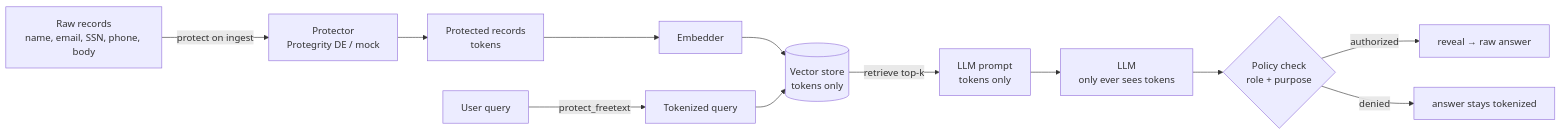
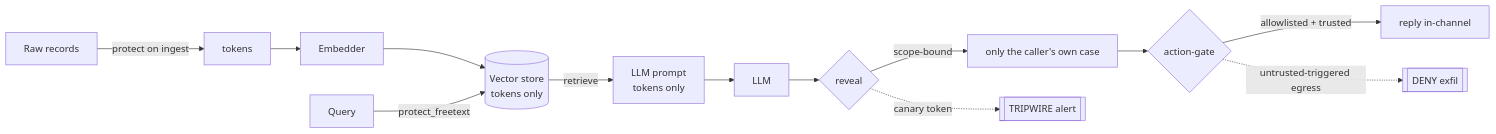
Before and after one commit to BadAsh99/aegis-rag: the diagram in ARCHITECTURE.md, drawn with Mermaid. The commit also changed other lines of this file and 1 other file, not shown here.

First line of the commit message:
Hardening H4: README + ARCHITECTURE rewritten to the hardened 4-layer story

````diff
--- a/ARCHITECTURE.md
+++ b/ARCHITECTURE.md
@@ -9,14 +9,12 @@
 ```mermaid
 flowchart LR
-    A[Raw records<br/>name, email, SSN, phone, body] -->|protect on ingest| B[Protector<br/>Protegrity DE / mock]
-    B --> C[Protected records<br/>tokens]
-    C --> D[Embedder]
-    D --> E[(Vector store<br/>tokens only)]
-    Q[User query] -->|protect_freetext| Qp[Tokenized query]
-    Qp --> E
-    E -->|retrieve top-k| F[LLM prompt<br/>tokens only]
-    F --> G[LLM<br/>only ever sees tokens]
-    G --> H{Policy check<br/>role + purpose}
-    H -->|authorized| I[reveal → raw answer]
-    H -->|denied| J[answer stays tokenized]
+    A[Raw records] -->|protect on ingest| B[tokens]
+    B --> D[Embedder] --> E[(Vector store<br/>tokens only)]
+    Q[Query] -->|protect_freetext| E
+    E -->|retrieve| F[LLM prompt<br/>tokens only] --> G[LLM] --> H{reveal}
+    H -->|scope-bound| I[only the caller's own case]
+    H -.canary token.-> T[[TRIPWIRE alert]]
+    I --> K{action-gate}
+    K -->|allowlisted + trusted| L[reply in-channel]
+    K -.untrusted-triggered egress.-> X[[DENY exfil]]
 ```
````
